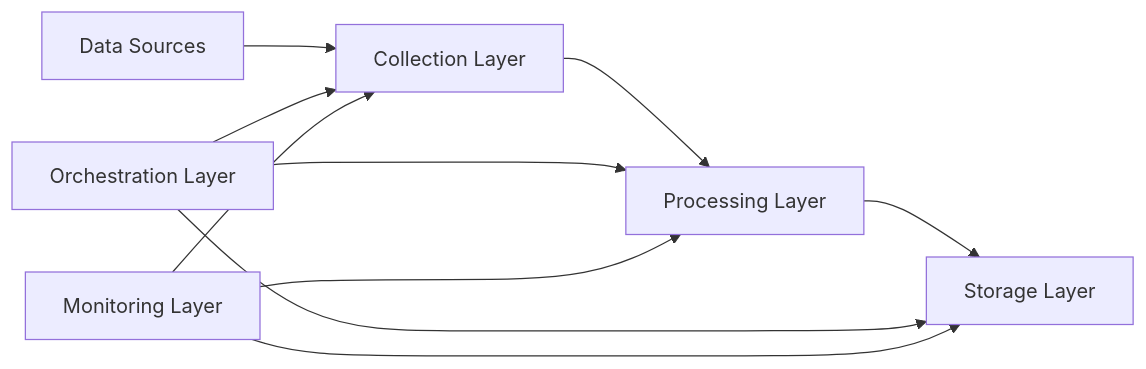
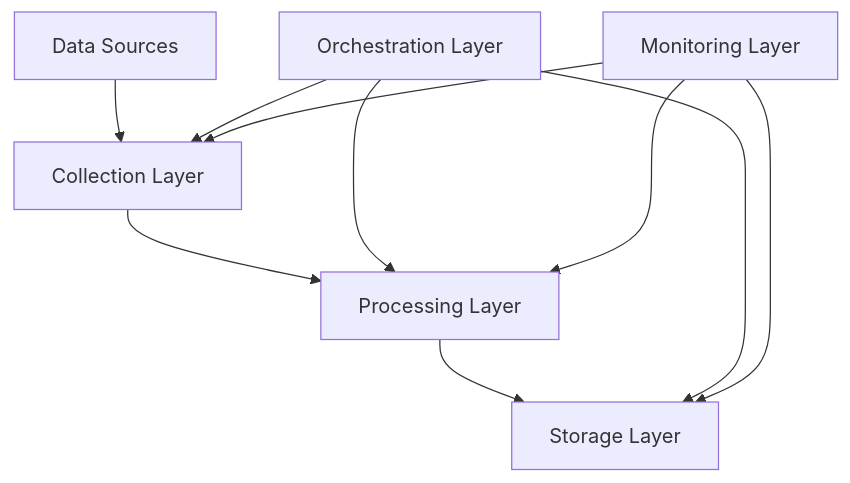
Before and after one commit to smaddanki/Financial-Time-Series-Data-Ingestion-Pipeline: the diagram in README.md, drawn with Mermaid. The commit also changed other lines of this file and 31 other files, not shown here.

````diff
--- a/README.md
+++ b/README.md
@@ -49,8 +154,8 @@
 ```mermaid
-graph LR
+graph TD
     A[Data Sources] --> B[Collection Layer]
     B --> C[Processing Layer]
     C --> D[Storage Layer]
     E[Orchestration Layer] --> B & C & D
     F[Monitoring Layer] --> B & C & D
 ```
````
